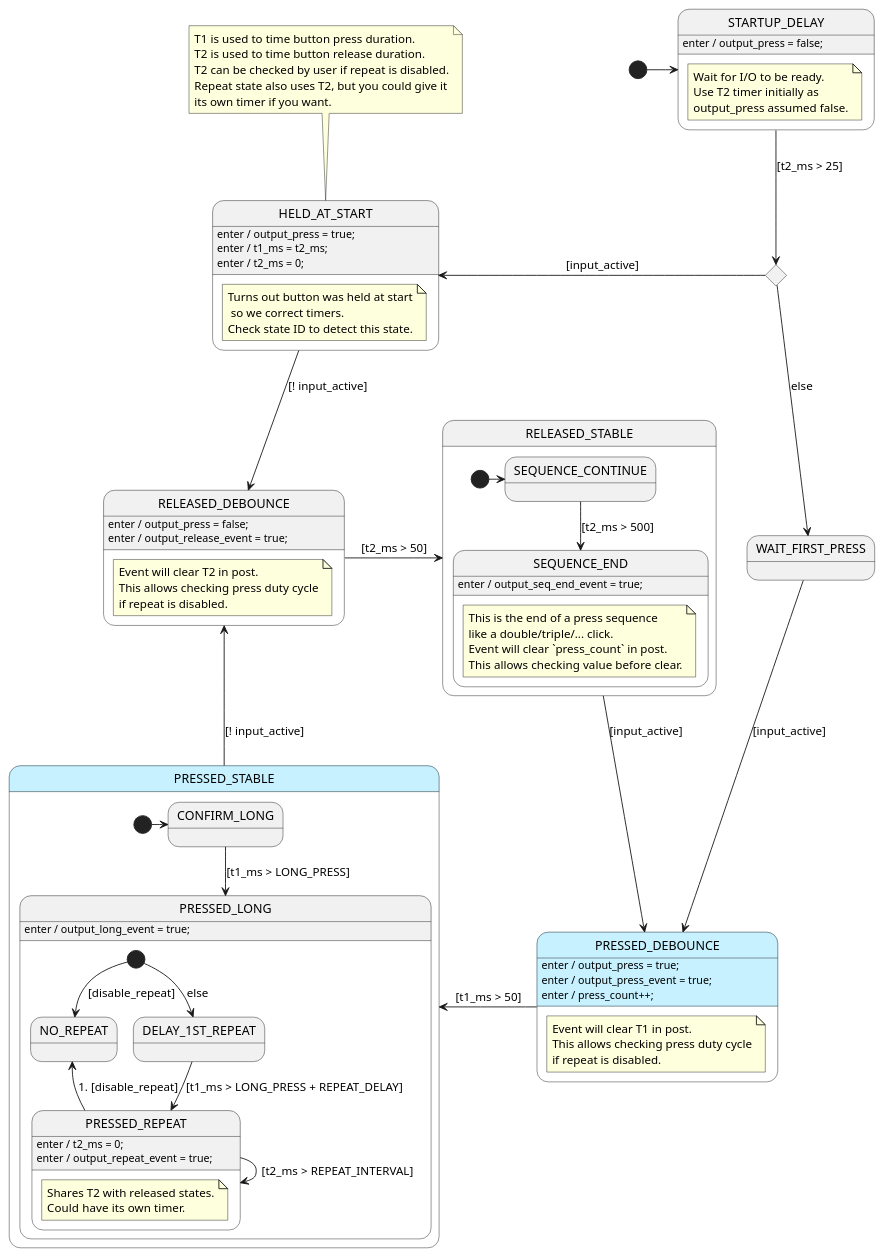
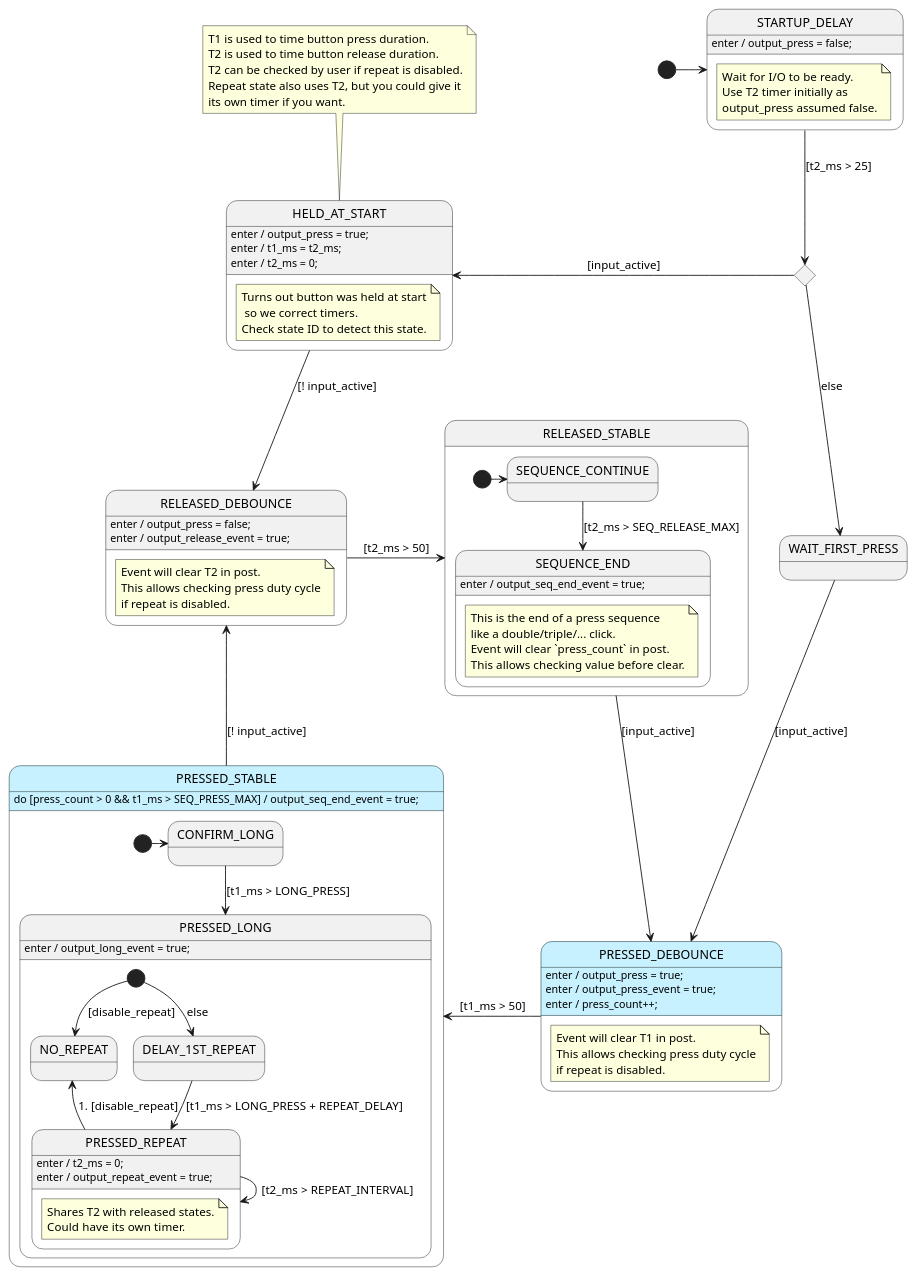
The diagram in src/bb2/bb2-c/BeButton2Sm.plantuml (adamfk/bespoke-button), drawn with PlantUML before and after one commit. The commit also changed 4 other files, not shown here.

Commit message:
fix end sequence if held too long

```diff
--- a/src/bb2/bb2-c/BeButton2Sm.plantuml
+++ b/src/bb2/bb2-c/BeButton2Sm.plantuml
@@ -1,178 +1,179 @@
 @startuml BeButton2Sm
 
 ' /////////////////////////// Styles ////////////////////////////////
 ' Define some colors for the states. Totally optional.
 skinparam state {
     ' pressed style:
     BackgroundColor<<press_style>> #c7f1ff
 }
 
 ' //////////////////////// STATE ORGANIZATION ///////////////////////
 ' Note: StateSmith treats state names and events as case insensitive.
 ' More info: https://github.com/StateSmith/StateSmith/wiki/PlantUML
 
 state STARTUP_DELAY  {
     note "Wait for I/O to be ready.\nUse T2 timer initially as \noutput_press assumed false." as N1
 }
 state INIT_CHOICE<<choice>>
 
 state HELD_AT_START {
     note "Turns out button was held at start\n so we correct timers.\nCheck state ID to detect this state." as N1
 }
 
 note top of HELD_AT_START
     T1 is used to time button press duration.
     T2 is used to time button release duration.
     T2 can be checked by user if repeat is disabled.
     Repeat state also uses T2, but you could give it
     its own timer if you want.
 end note
 
 state RELEASED_DEBOUNCE {
     note "Event will clear T2 in post.\nThis allows checking press duty cycle\nif repeat is disabled." as N1
 }
 state RELEASED_STABLE {
     state SEQUENCE_CONTINUE
     state SEQUENCE_END  {
         note "This is the end of a press sequence\nlike a double/triple/... click.\nEvent will clear `press_count` in post.\nThis allows checking value before clear." as N1
     }
     [*] -> SEQUENCE_CONTINUE
 }
 state WAIT_FIRST_PRESS
 
 state PRESSED_DEBOUNCE <<press_style>> {
     note "Event will clear T1 in post.\nThis allows checking press duty cycle\nif repeat is disabled." as N1
 }
 state PRESSED_STABLE <<press_style>> {
     [*] -> CONFIRM_LONG
     state CONFIRM_LONG
     state PRESSED_LONG {
         state NO_REPEAT
         state DELAY_1ST_REPEAT
         state PRESSED_REPEAT {
             note "Shares T2 with released states.\nCould have its own timer." as N1
         }
         [*] --> DELAY_1ST_REPEAT: else
         [*] --> NO_REPEAT: [disable_repeat]
     }
 }
 
 
 [*] -> STARTUP_DELAY
 
 
 
 ' ///////////////////////// STATE HANDLERS /////////////////////////
 ' Syntax: https://github.com/StateSmith/StateSmith/wiki/Behaviors
 
 STARTUP_DELAY: enter / output_press = false;
 STARTUP_DELAY -down-> INIT_CHOICE: [t2_ms > 25]
 
 INIT_CHOICE -left-> HELD_AT_START: [input_active]
 INIT_CHOICE --> WAIT_FIRST_PRESS: else
 
 WAIT_FIRST_PRESS --> PRESSED_DEBOUNCE: [input_active]
 
 HELD_AT_START: enter / output_press = true;
 HELD_AT_START: enter / t1_ms = t2_ms;
 HELD_AT_START: enter / t2_ms = 0;
 HELD_AT_START --> RELEASED_DEBOUNCE: [! input_active]
 
 ' Wait for debounce time and then go to stable state.
 RELEASED_DEBOUNCE: enter / output_press = false;
 RELEASED_DEBOUNCE: enter / output_release_event = true;
 RELEASED_DEBOUNCE -right-> RELEASED_STABLE: [t2_ms > 50]
 
 ' Button is released. Wait for button press.
 RELEASED_STABLE -down-> PRESSED_DEBOUNCE: [input_active]
 
-SEQUENCE_CONTINUE --> SEQUENCE_END: [t2_ms > 500]
+SEQUENCE_CONTINUE --> SEQUENCE_END: [t2_ms > SEQ_RELEASE_MAX]
 
 SEQUENCE_END: enter / output_seq_end_event = true;
 
 
 ' Wait for debounce time and then go to stable state.
 PRESSED_DEBOUNCE: enter / output_press = true;
 PRESSED_DEBOUNCE: enter / output_press_event = true;
 PRESSED_DEBOUNCE: enter / press_count++;
 PRESSED_DEBOUNCE -left-> PRESSED_STABLE: [t1_ms > 50]
 
 ' Button is pressed. Wait for button release.
+PRESSED_STABLE: do [press_count > 0 && t1_ms > SEQ_PRESS_MAX] / output_seq_end_event = true;
 PRESSED_STABLE -up-> RELEASED_DEBOUNCE: [! input_active]
 
 ' Button is still pressed. Wait for long press time.
 CONFIRM_LONG --> PRESSED_LONG: [t1_ms > LONG_PRESS]
 
 ' Button has been pressed for a long time.
 ' Transition to repeat state if button remains pressed long enough.
 PRESSED_LONG: enter / output_long_event = true;
 
 DELAY_1ST_REPEAT --> PRESSED_REPEAT: [t1_ms > LONG_PRESS + REPEAT_DELAY]
 
 ' Keep setting the button repeat event every 250 ms.
 PRESSED_REPEAT: enter / t2_ms = 0;
 PRESSED_REPEAT: enter / output_repeat_event = true;
 PRESSED_REPEAT --> PRESSED_REPEAT: [t2_ms > REPEAT_INTERVAL]
 PRESSED_REPEAT -up-> NO_REPEAT: 1. [disable_repeat]
 
 
 ' //////////////////////// StateSmith config ////////////////////////
 ' The below special comment block sets the StateSmith configuration.
 ' More info: https://github.com/StateSmith/StateSmith/issues/335
 
 /'! $CONFIG : toml
 SmRunnerSettings.transpilerId = "C99"
 
 RenderConfig.C.HFileIncludes = """
     #include "BeButton2Config.h"
 
     // Let other compilers ignore gcc specific attributes.
     // You can also disable GCC packed attributes by removing StateSmith setting `RenderConfig.C.CEnumDeclarer`.
     #if !defined(__GNUC__) && !defined(__clang__)
     #define __attribute__(x) /* nothing */
     #endif
     """
 RenderConfig.AutoExpandedVars = """
     //////////////////////////////////////////
     // INPUTS
     //////////////////////////////////////////
 
     // you need to add your loop time to this variable in your main loop.
     // max time is 65535 ms.
     uint16_t t1_ms;
 
     // you need to add your loop time to this variable in your main loop.
     // max time is 65535 ms.
     uint16_t t2_ms;
 
     // set to 1 when button is detected as active.
     uint8_t input_active: 1;
 
     // set to 1 to disable repeat events.
     // the repeat state uses t2
     uint8_t disable_repeat: 1;
 
     //////////////////////////////////////////
     // OUTPUTS
     //////////////////////////////////////////
 
     // read and clear event flags in your main loop.
     uint8_t output_release_event: 1;
     uint8_t output_press_event: 1;
     uint8_t output_long_event: 1;
     uint8_t output_repeat_event: 1;
     uint8_t output_seq_end_event: 1;
 
     // read these flags in your main loop, but don't clear them.
     // they are cleared automatically.
     uint8_t output_press: 1;
 
     uint8_t press_count;
 
     """
 
 # Uncomment the below line to potentially save a byte or two of RAM per state machine
 # by telling GCC to use the smallest enumeration integer type possible.
 RenderConfig.C.CEnumDeclarer = "typedef enum __attribute__((packed)) {enumName}"
 '/
 @enduml
```
